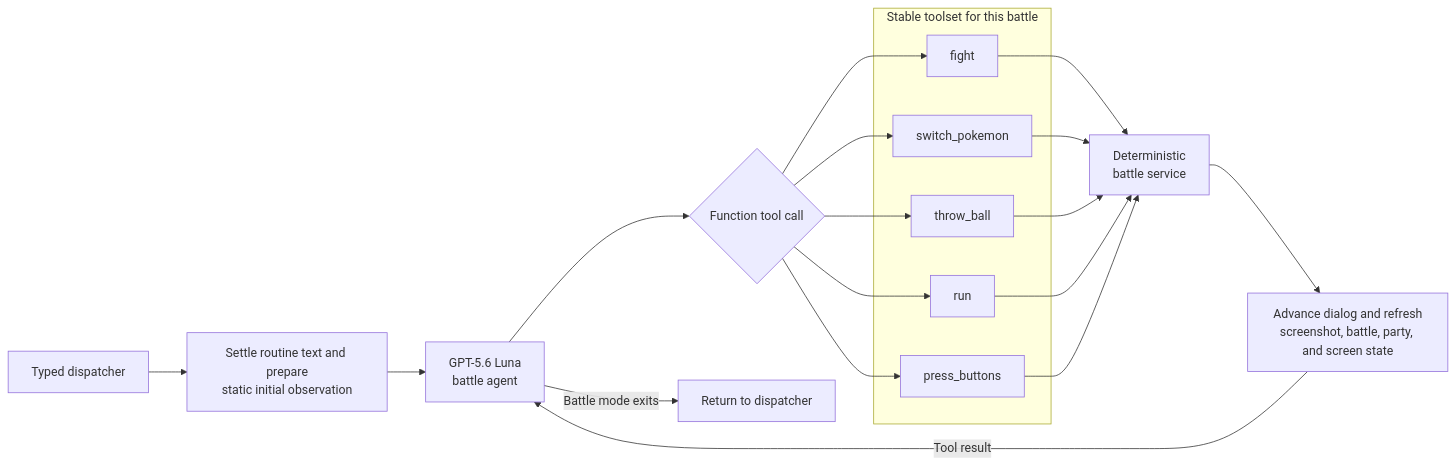
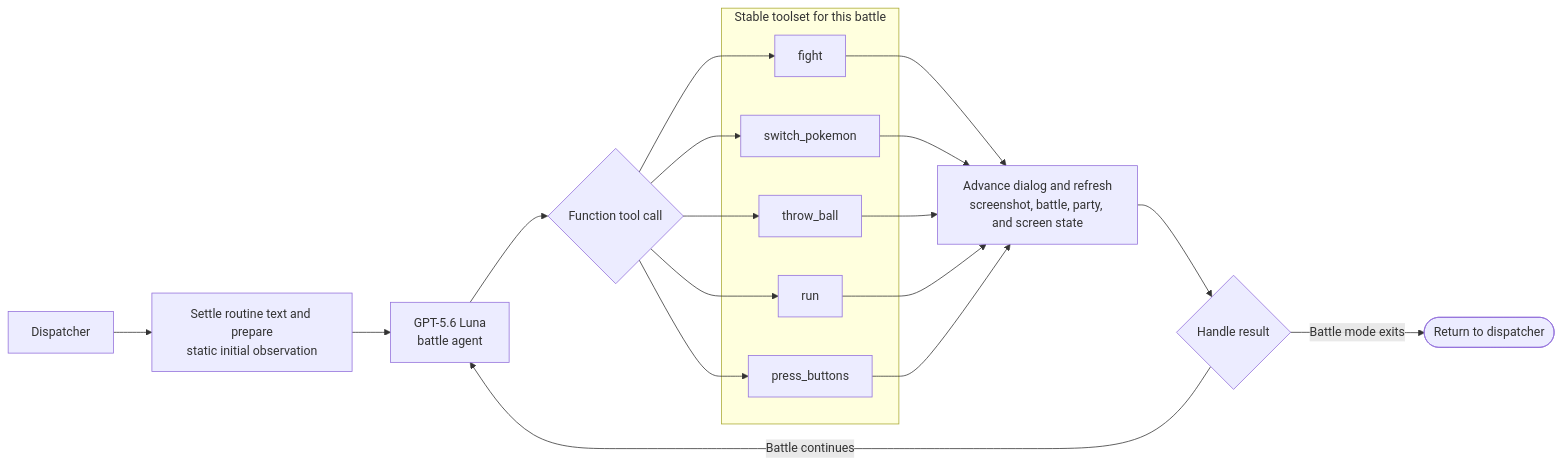
One commit to clambro/ai-plays-pokemon changed the third of 4 diagrams in docs/workflow.md. Above: the diagram before and after it, drawn with Mermaid. The commit also changed other lines of this file and 26 other files, not shown here.

````diff
--- a/docs/workflow.md
+++ b/docs/workflow.md
@@ -142,30 +108,29 @@
 ```mermaid
 flowchart LR
-    dispatch["Typed dispatcher"] --> prepare["Settle routine text and prepare<br/>static initial observation"]
+    dispatch["Dispatcher"] --> prepare["Settle routine text and prepare<br/>static initial observation"]
     prepare --> agent["GPT-5.6 Luna<br/>battle agent"]
     agent --> choice{"Function tool call"}
 
     subgraph toolset["Stable toolset for this battle"]
         fight["fight"]
         switch["switch_pokemon"]
         ball["throw_ball"]
         run["run"]
         buttons["press_buttons"]
     end
 
     choice --> fight
     choice --> switch
     choice --> ball
     choice --> run
     choice --> buttons
 
-    fight --> service["Deterministic<br/>battle service"]
-    switch --> service
-    ball --> service
-    run --> service
-    buttons --> service
-
-    service --> observe["Advance dialog and refresh<br/>screenshot, battle, party, and screen state"]
-    observe -->|"Tool result"| agent
-    agent -->|"Battle mode exits"| finish["Return to dispatcher"]
+    fight --> observe["Advance dialog and refresh<br/>screenshot, battle, party, and screen state"]
+    switch --> observe
+    ball --> observe
+    run --> observe
+    buttons --> observe
+    observe --> handle{"Handle result"}
+    handle -->|"Battle continues"| agent
+    handle -->|"Battle mode exits"| finish(["Return to dispatcher"])
 ```
````
